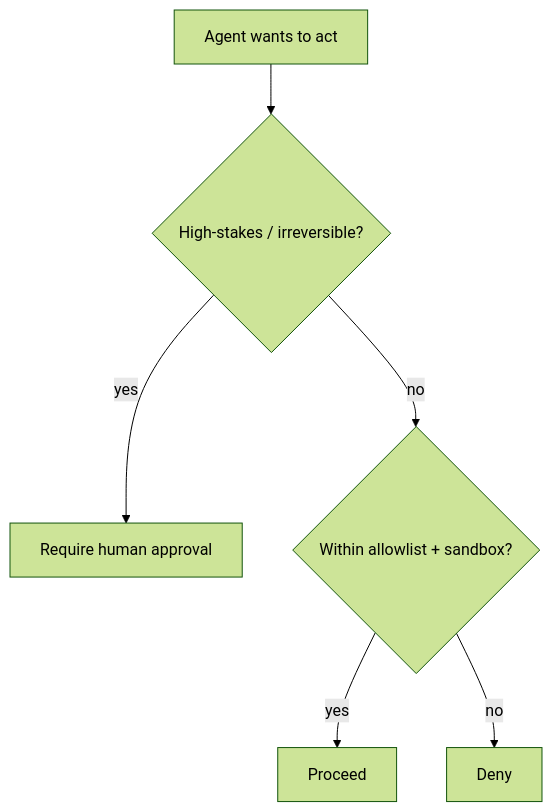
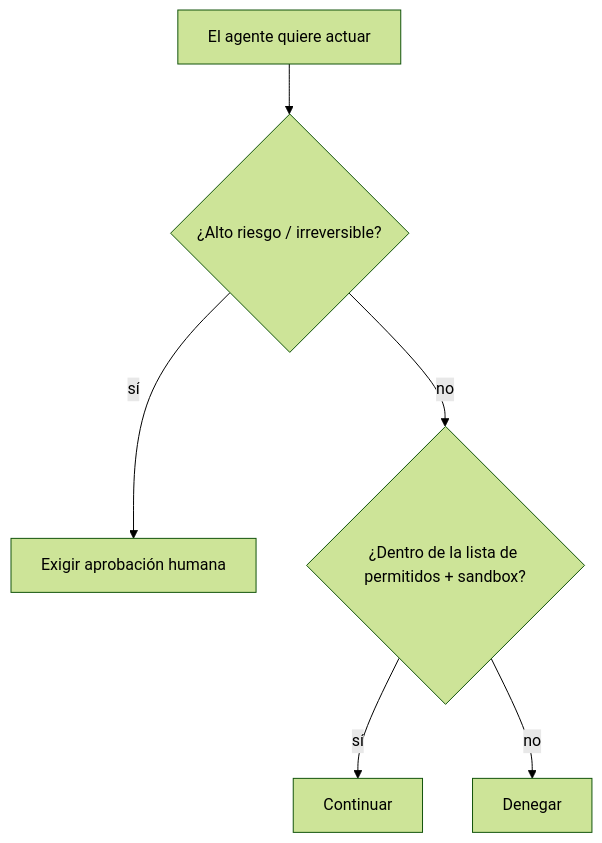
The diagram in i18n/es/docusaurus-plugin-content-docs/current/security/securing-agents.mdx (derob98/ailmanac), drawn with Mermaid (forest theme) before and after one commit. The commit also changed other lines of this file and 11 other files, not shown here.

````diff
--- a/i18n/es/docusaurus-plugin-content-docs/current/security/securing-agents.mdx
+++ b/i18n/es/docusaurus-plugin-content-docs/current/security/securing-agents.mdx
@@ -31,8 +37,8 @@
 ```mermaid
 flowchart TD
-  A[Agent wants to act] --> B{High-stakes / irreversible?}
-  B -->|yes| H[Require human approval]
-  B -->|no| C{Within allowlist + sandbox?}
-  C -->|yes| D[Proceed]
-  C -->|no| X[Deny]
+  A[El agente quiere actuar] --> B{¿Alto riesgo / irreversible?}
+  B -->|sí| H[Exigir aprobación humana]
+  B -->|no| C{¿Dentro de la lista de permitidos + sandbox?}
+  C -->|sí| D[Continuar]
+  C -->|no| X[Denegar]
 ```
````
